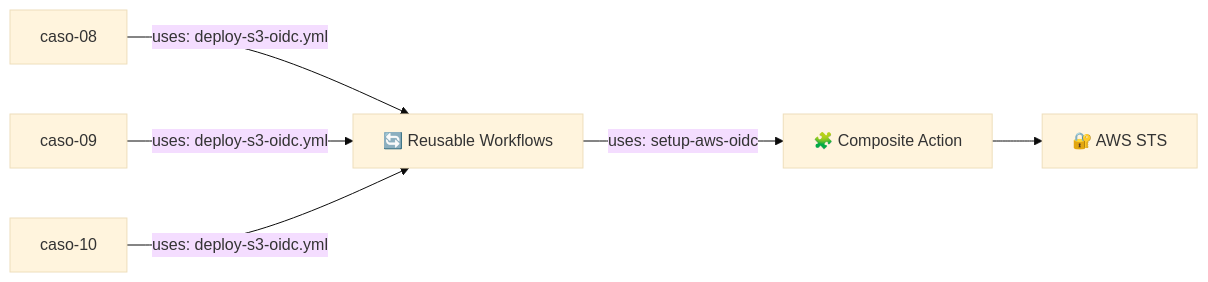
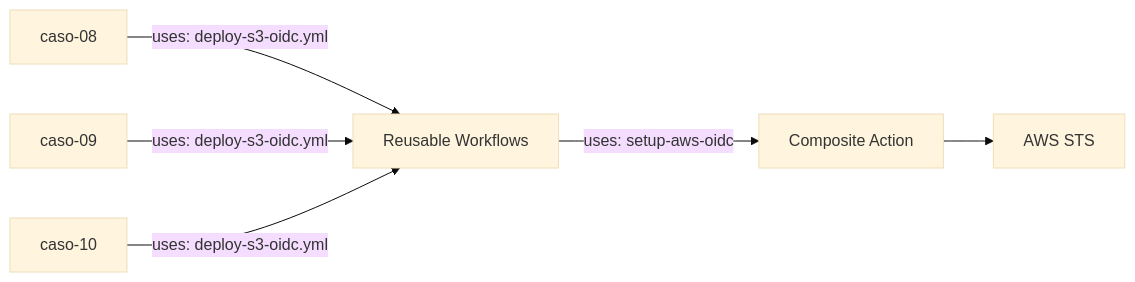
One commit to vladimiracunadev-create/proyectos-aws changed the eighth of 12 diagrams in README.md. Above: the diagram before and after it, drawn with Mermaid (base theme). The commit also changed other lines of this file and 13 other files, not shown here.

First line of the commit message:
fix: corregir diagramas Mermaid + crear AWS_PASO_A_PASO para casos 01 y 02

````diff
--- a/README.md
+++ b/README.md
@@ -224,6 +228,8 @@
 ```mermaid
 flowchart LR
-    C8[caso-08] & C9[caso-09] & C10[caso-10] -->|uses: deploy-s3-oidc.yml| RW[🔄 Reusable Workflows]
-    RW -->|uses: setup-aws-oidc| CA[🧩 Composite Action]
-    CA --> STS[🔐 AWS STS]
+    C8[caso-08] -->|uses: deploy-s3-oidc.yml| RW[Reusable Workflows]
+    C9[caso-09] -->|uses: deploy-s3-oidc.yml| RW
+    C10[caso-10] -->|uses: deploy-s3-oidc.yml| RW
+    RW -->|uses: setup-aws-oidc| CA[Composite Action]
+    CA --> STS[AWS STS]
 ```
````
